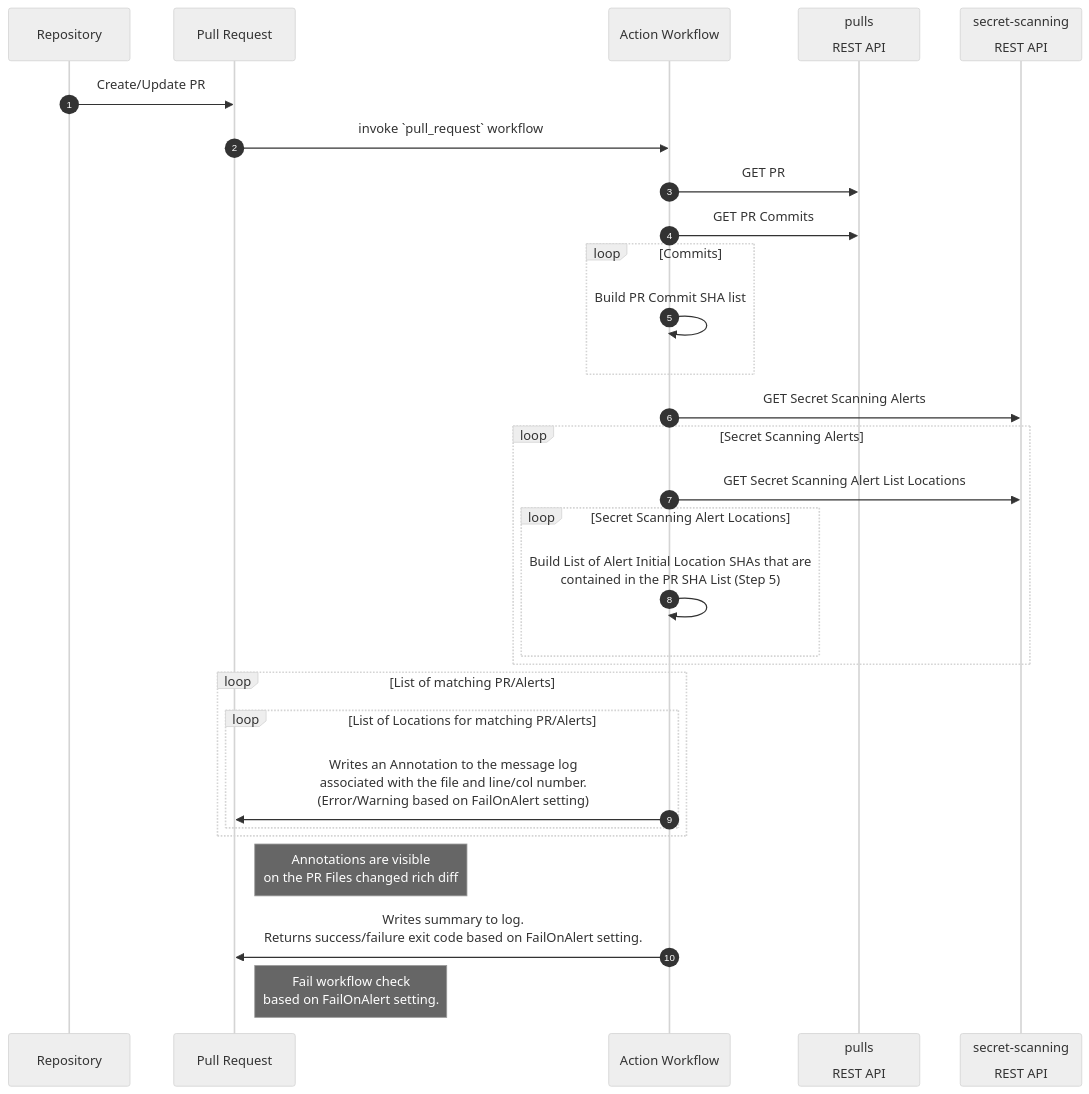
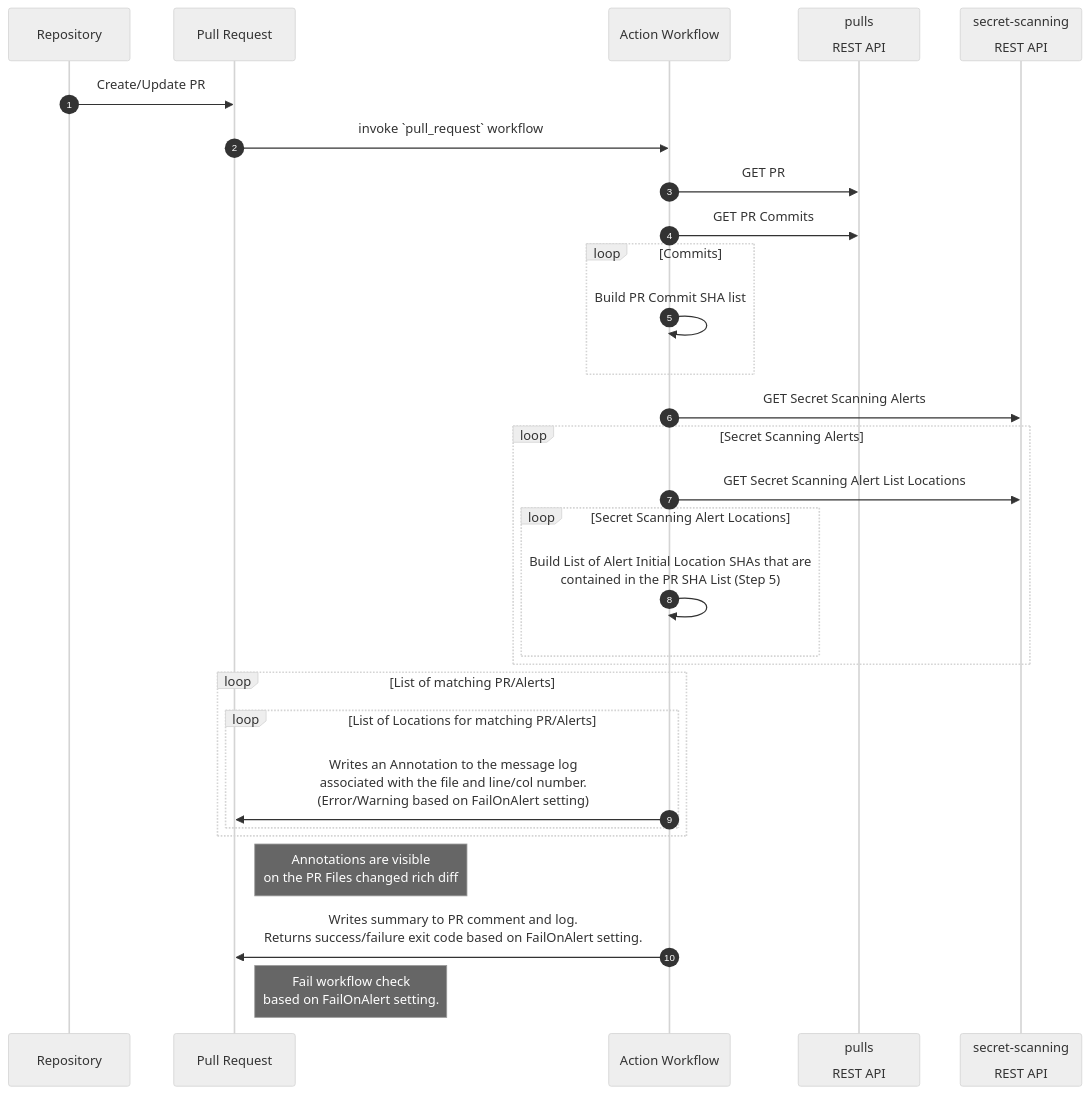
The diagram in README.md (advanced-security/secret-scanning-review-action), drawn with Mermaid (neutral theme) before and after one commit. The commit also changed other lines of this file and 2 other files, not shown here.

Commit message:
Add PR comment markdown summary

````diff
--- a/README.md
+++ b/README.md
@@ -80,39 +87,39 @@
 ```mermaid
 sequenceDiagram
     autonumber
     participant Repo as Repository
     participant PR as Pull Request
     participant Action as Action Workflow
     participant API_PR as pulls<br/><br/>REST API
     participant API_SECRET as secret-scanning<br/><br/> REST API
 
-    Repo->>PR: Create/Update PR    
+    Repo->>PR: Create/Update PR
     PR->>Action: invoke `pull_request` workflow
-    Action->>API_PR: GET PR    
+    Action->>API_PR: GET PR
     Action->>API_PR: GET PR Commits
-    
+
     loop Commits
-        Action->>Action: Build PR Commit SHA list      
+        Action->>Action: Build PR Commit SHA list
     end
-    
+
     Action->>API_SECRET: GET Secret Scanning Alerts
-    
+
     loop Secret Scanning Alerts
         Action->>API_SECRET: GET Secret Scanning Alert List Locations
         loop Secret Scanning Alert Locations
         Action->>Action:Build List of Alert Initial Location SHAs that are<br/>contained in the PR SHA List (Step 5)
         end
     end
 
     loop List of matching PR/Alerts
-      loop List of Locations for matching PR/Alerts       
+      loop List of Locations for matching PR/Alerts
         Action->>PR:Writes an Annotation to the message log<br/>associated with the file and line/col number.<br/>(Error/Warning based on FailOnAlert setting)
-      end               
-    end       
-    
+      end
+    end
+
     Note right of PR: Annotations are visible<br/>on the PR Files changed rich diff
 
-    Action->>PR:Writes summary to log.<br/>Returns success/failure exit code based on FailOnAlert setting.
-    
+    Action->>PR:Writes summary to PR comment and log.<br/>Returns success/failure exit code based on FailOnAlert setting.
+
     Note right of PR: Fail workflow check<br/>based on FailOnAlert setting.
 ```
````
